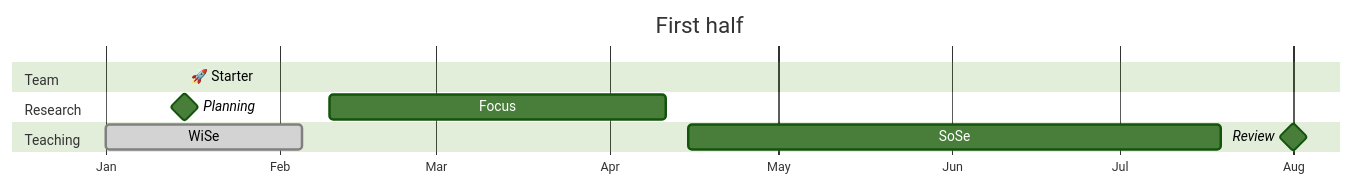
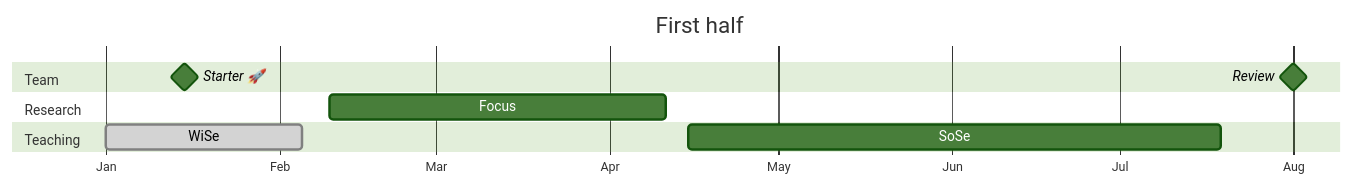
Before and after one commit to digital-work-lab/handbook: the first of 2 diagrams in docs/02.calendar.md, drawn with Mermaid (forest theme). The commit also changed other lines of this file, not shown here.

````diff
--- a/docs/02.calendar.md
+++ b/docs/02.calendar.md
@@ -11,21 +23,21 @@
 ```mermaid
 ---
 displayMode: compact
 ---
 gantt
     title First half
     dateFormat  YYYY-MM-DD
     todayMarker stroke-width:5px,stroke:red,opacity:0.8
     axisFormat %b
 
     section Team
-    🚀 Starter :b1, {{ site.time | date: "%Y" }}-01-15, milestone
+    Starter 🚀  :milestone, {{ site.time | date: "%Y" }}-01-15, milestone
+    Review   :milestone, {{ site.time | date: "%Y" }}-08-01, milestone
 
     section Research
-    Planning :milestone, {{ site.time | date: "%Y" }}-01-15, milestone
     Focus           :a2, {{ site.time | date: "%Y" }}-02-10, 60d
+
     section Teaching
     WiSe           :done, {{ site.time | date: "%Y" }}-01-01, 35d
     SoSe           :a1, {{ site.time | date: "%Y" }}-04-15, 95d
-    Review   :milestone, {{ site.time | date: "%Y" }}-08-01, milestone
 ```
````
